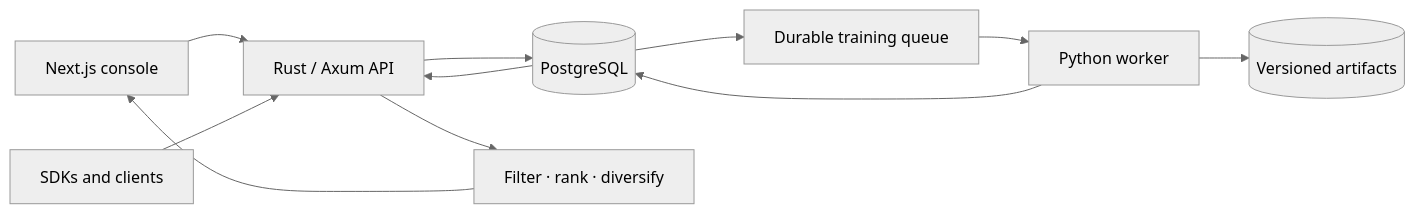
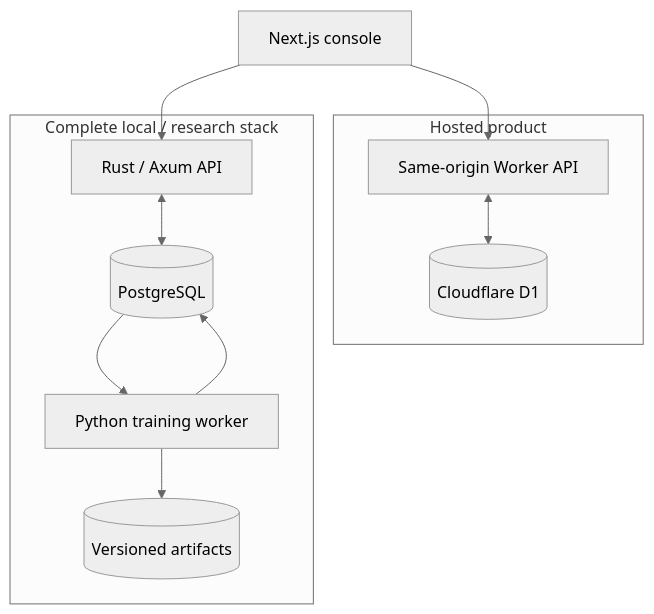
One commit to jonxsong/Affinity changed the diagram in README.md. Above: the diagram before and after it, drawn with Mermaid (neutral theme). The commit also changed other lines of this file and 1 other file, not shown here.

Commit message:
docs: document the live hosted architecture

````diff
--- a/README.md
+++ b/README.md
@@ -45,13 +45,20 @@
 ```mermaid
-flowchart LR
-  UI[Next.js console] --> API[Rust / Axum API]
-  SDK[SDKs and clients] --> API
-  API --> PG[(PostgreSQL)]
-  PG --> JOBS[Durable training queue]
-  JOBS --> TRAIN[Python worker]
-  TRAIN --> ART[(Versioned artifacts)]
-  TRAIN --> PG
-  PG --> API
-  API --> RANK[Filter · rank · diversify]
-  RANK --> UI
+flowchart TB
+  UI[Next.js console]
+  subgraph Hosted[Hosted product]
+    WORKER[Same-origin Worker API]
+    D1[(Cloudflare D1)]
+    WORKER <--> D1
+  end
+  subgraph Local[Complete local / research stack]
+    API[Rust / Axum API]
+    PG[(PostgreSQL)]
+    TRAIN[Python training worker]
+    ART[(Versioned artifacts)]
+    API <--> PG
+    PG --> TRAIN --> ART
+    TRAIN --> PG
+  end
+  UI --> WORKER
+  UI --> API
 ```
````
